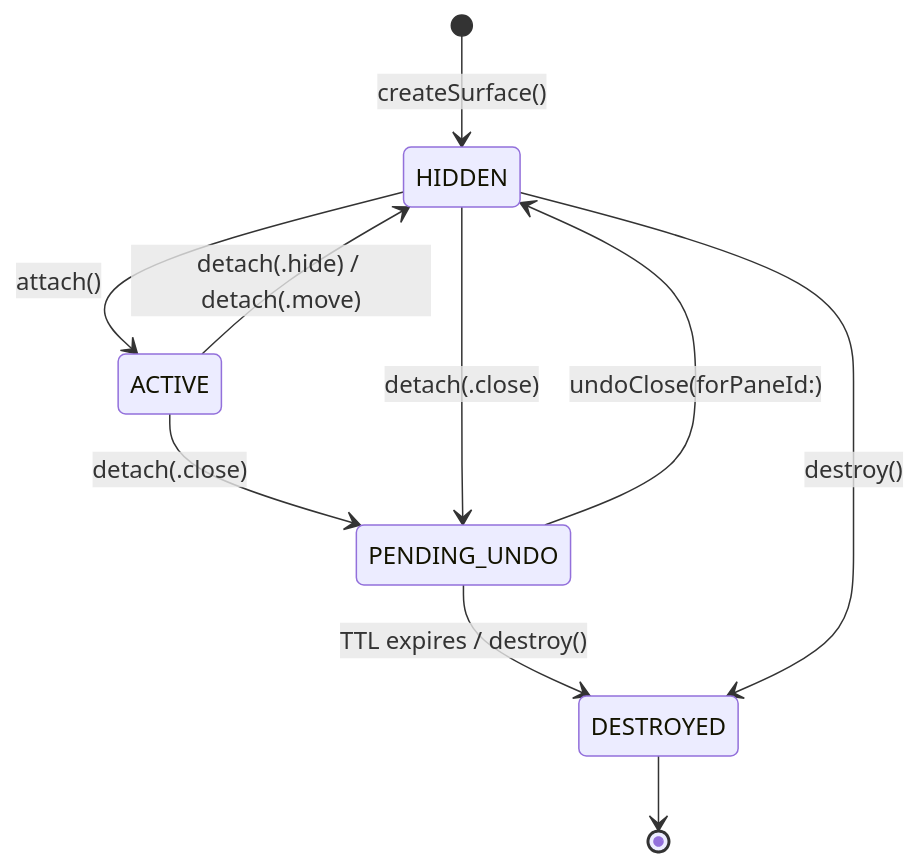
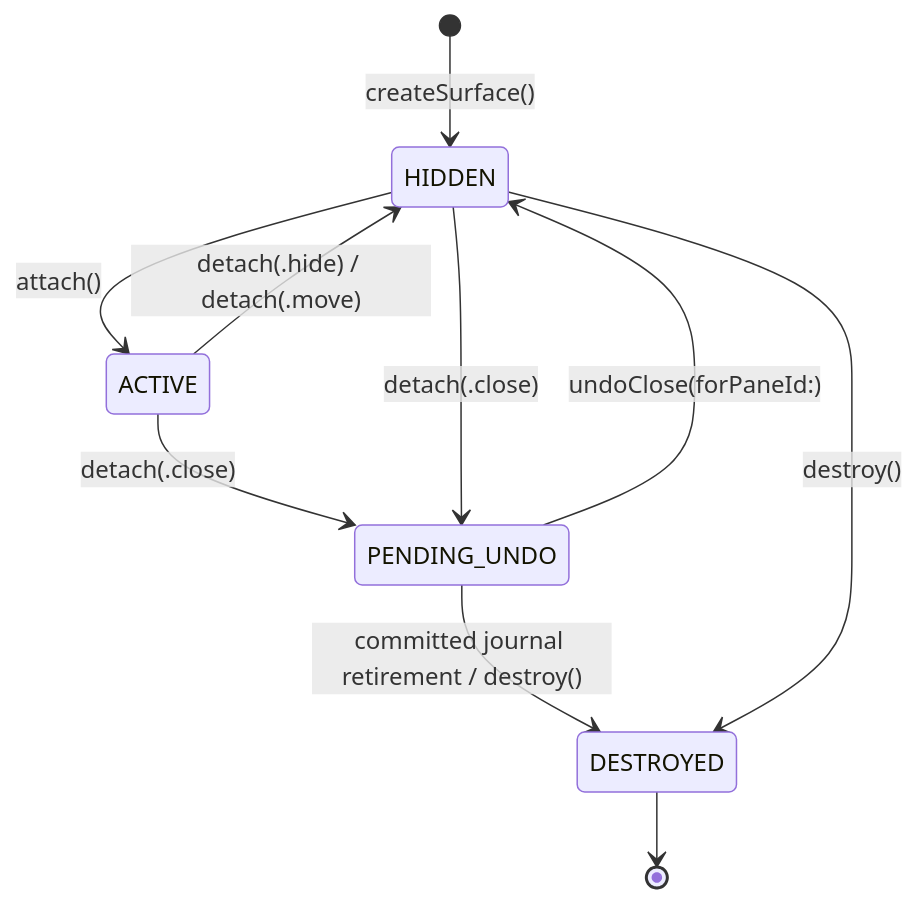
One commit to ShravanSunder/agentstudio changed the diagram in docs/architecture/runtime/ghostty_surface_architecture.md. Above: the diagram before and after it, drawn with Mermaid. The commit also changed other lines of this file and 68 other files, not shown here.

````diff
--- a/docs/architecture/runtime/ghostty_surface_architecture.md
+++ b/docs/architecture/runtime/ghostty_surface_architecture.md
@@ -117,12 +117,12 @@
 ```mermaid
 stateDiagram-v2
     [*] --> HIDDEN: createSurface()
     HIDDEN --> ACTIVE: attach()
     ACTIVE --> HIDDEN: detach(.hide) / detach(.move)
     ACTIVE --> PENDING_UNDO: detach(.close)
     HIDDEN --> PENDING_UNDO: detach(.close)
     PENDING_UNDO --> HIDDEN: undoClose(forPaneId:)
-    PENDING_UNDO --> DESTROYED: TTL expires / destroy()
+    PENDING_UNDO --> DESTROYED: committed journal retirement / destroy()
     HIDDEN --> DESTROYED: destroy()
     DESTROYED --> [*]
 ```
````
